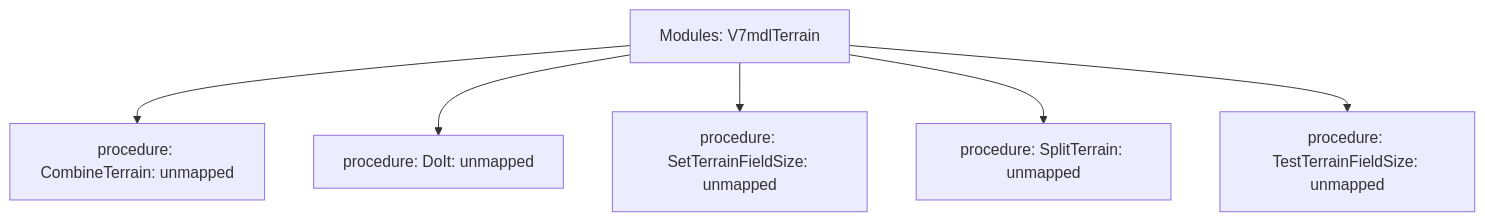
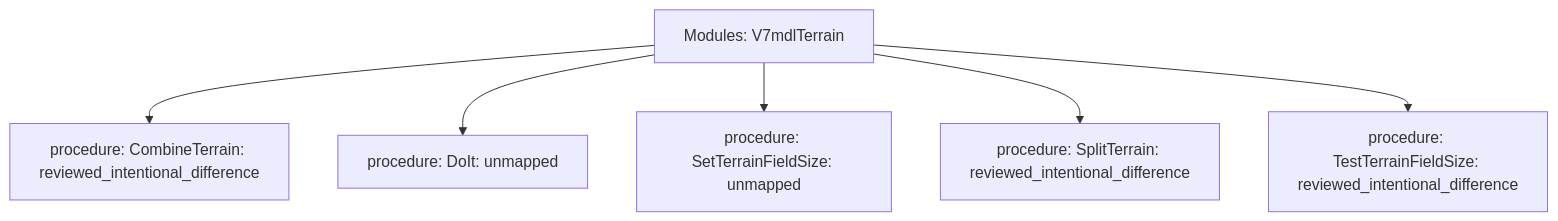
The diagram in data-raw/parity/generated/trees/modules-v7mdlterrain.mmd (Boostao/vpro), drawn with Mermaid before and after one commit. The commit also changed 38 other files, not shown here.

```diff
--- a/data-raw/parity/generated/trees/modules-v7mdlterrain.mmd
+++ b/data-raw/parity/generated/trees/modules-v7mdlterrain.mmd
@@ -1,7 +1,7 @@
 flowchart TD
   root[Modules: V7mdlTerrain]
-  root --> n1[procedure: CombineTerrain: unmapped]
+  root --> n1[procedure: CombineTerrain: reviewed_intentional_difference]
   root --> n2[procedure: DoIt: unmapped]
   root --> n3[procedure: SetTerrainFieldSize: unmapped]
-  root --> n4[procedure: SplitTerrain: unmapped]
-  root --> n5[procedure: TestTerrainFieldSize: unmapped]
+  root --> n4[procedure: SplitTerrain: reviewed_intentional_difference]
+  root --> n5[procedure: TestTerrainFieldSize: reviewed_intentional_difference]
```
